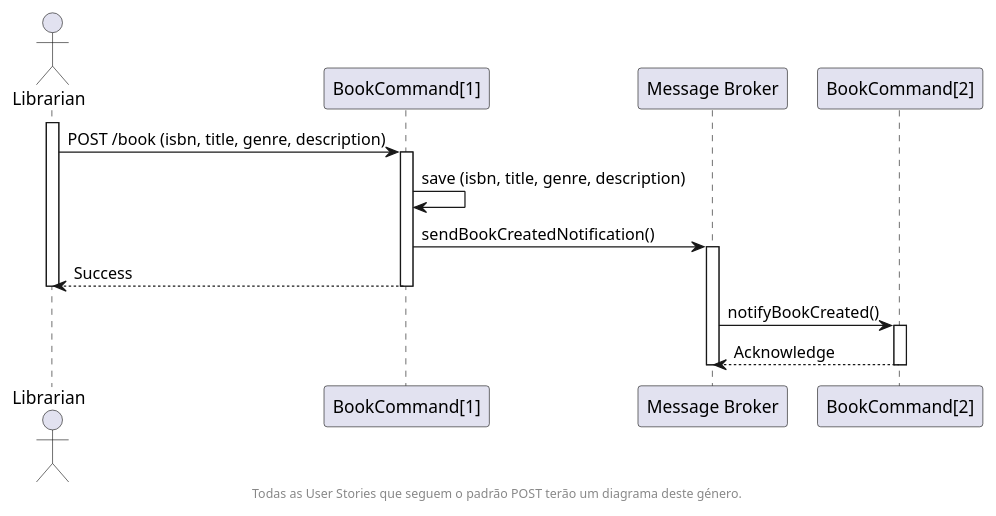
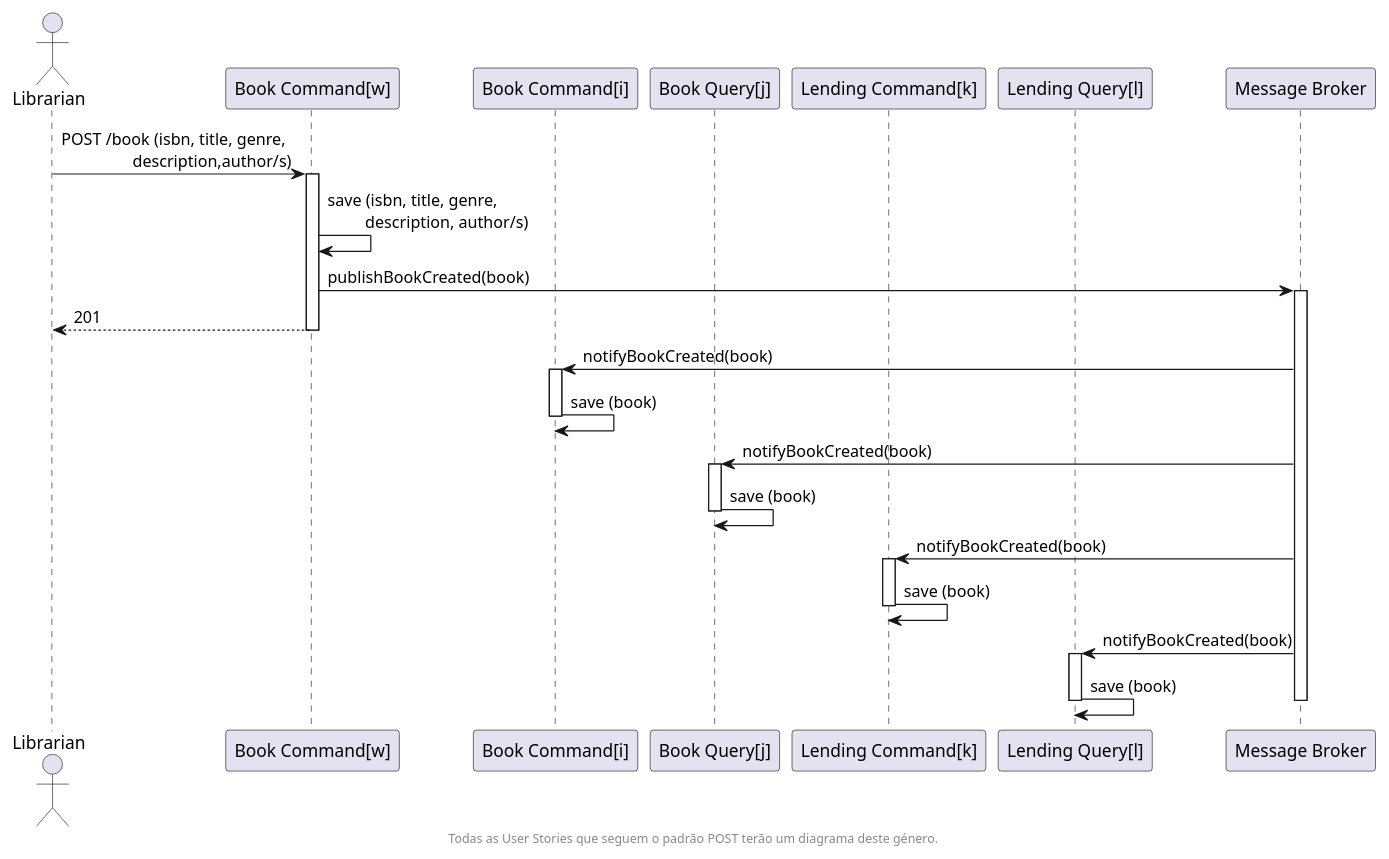
Before and after one commit to AndreFon04/sidis_2024_3DB: the diagram in docs/Entrega2/nivel_2/VP/N2-VP_CreateABook.puml, drawn with PlantUML. The commit also changed 72 other files, not shown here.

Commit message:
Updated documentation for third iteration; Lending Command is now working and has DTOs to communicate between modules - Message Consumer works for book, reader and author creation and updating; User creation muted - was causing a loop, reader works;

```diff
--- a/docs/Entrega2/nivel_2/VP/N2-VP_CreateABook.puml
+++ b/docs/Entrega2/nivel_2/VP/N2-VP_CreateABook.puml
@@ -1,32 +1,49 @@
 @startuml
 
+actor "Librarian" as L
+participant "Book Command[w]" as BMW
+participant "Book Command[i]" as BMI
+participant "Book Query[j]" as BQ
+participant "Lending Command[k]" as LC
+participant "Lending Query[l]" as LQ
 
-actor "Librarian" as U
-participant "BookCommand[1]" as BM1
 participant "Message Broker" as MB
-participant "BookCommand[2]" as BM2
 
-activate U
-U -> BM1 : POST /book (isbn, title, genre, description)
-activate BM1
 
-BM1 -> BM1 : save (isbn, title, genre, description)
+L -> BMW : POST /book (isbn, title, genre,\n\t\t description,author/s)
+activate BMW
 
-BM1 -> MB : sendBookCreatedNotification()
+BMW -> BMW : save (isbn, title, genre,\n\t description, author/s)
+
+BMW -> MB : publishBookCreated(book)
 activate MB
 
-BM1 --> U: Success
-deactivate U
-deactivate BM1
+BMW --> L: 201
+deactivate BMW
 
-MB -> BM2 : notifyBookCreated()
-activate BM2
-BM2 --> MB : Acknowledge
-deactivate BM2
+MB -> BMI : notifyBookCreated(book)
+activate BMI
+BMI -> BMI : save (book)
+deactivate BMI
+
+MB -> BQ : notifyBookCreated(book)
+activate BQ
+BQ -> BQ : save (book)
+deactivate BQ
+
+MB -> LC : notifyBookCreated(book)
+activate LC
+LC -> LC : save (book)
+deactivate LC
+
+MB -> LQ : notifyBookCreated(book)
+activate LQ
+LQ -> LQ : save (book)
+deactivate LQ
 
 deactivate MB
 
 ' Adiciona uma nota visível abaixo do diagrama
 footer Todas as User Stories que seguem o padrão POST terão um diagrama deste género.
 
 @enduml
```
